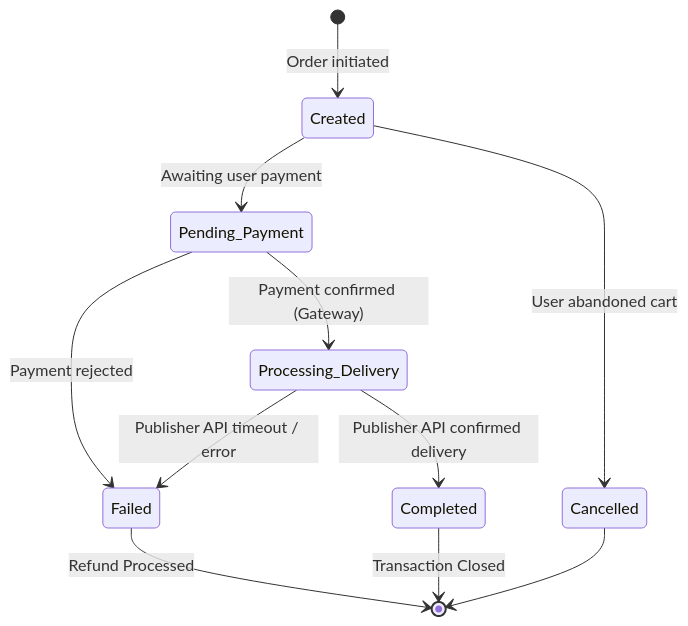
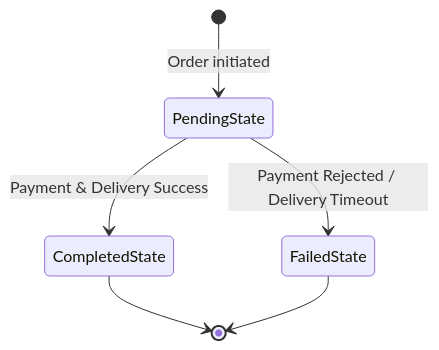
Before and after one commit to ROS-RENDO/Unipin-Final: the fifth of 6 diagrams in Final_UniPin_SDD_Submission.md, drawn with Mermaid. The commit also changed other lines of this file, not shown here.

````diff
--- a/Final_UniPin_SDD_Submission.md
+++ b/Final_UniPin_SDD_Submission.md
@@ -481,17 +449,10 @@
 ```mermaid
 stateDiagram-v2
-    [*] --> Created : Order initiated
+    [*] --> PendingState : Order initiated
     
-    Created --> Pending_Payment : Awaiting user payment
-    Created --> Cancelled : User abandoned cart
+    PendingState --> CompletedState : Payment & Delivery Success
+    PendingState --> FailedState : Payment Rejected / Delivery Timeout
     
-    Pending_Payment --> Processing_Delivery : Payment confirmed (Gateway)
-    Pending_Payment --> Failed : Payment rejected
-    
-    Processing_Delivery --> Completed : Publisher API confirmed delivery
-    Processing_Delivery --> Failed : Publisher API timeout / error
-    
-    Failed --> [*] : Refund Processed
-    Completed --> [*] : Transaction Closed
-    Cancelled --> [*]
+    CompletedState --> [*]
+    FailedState --> [*]
 ```
````
